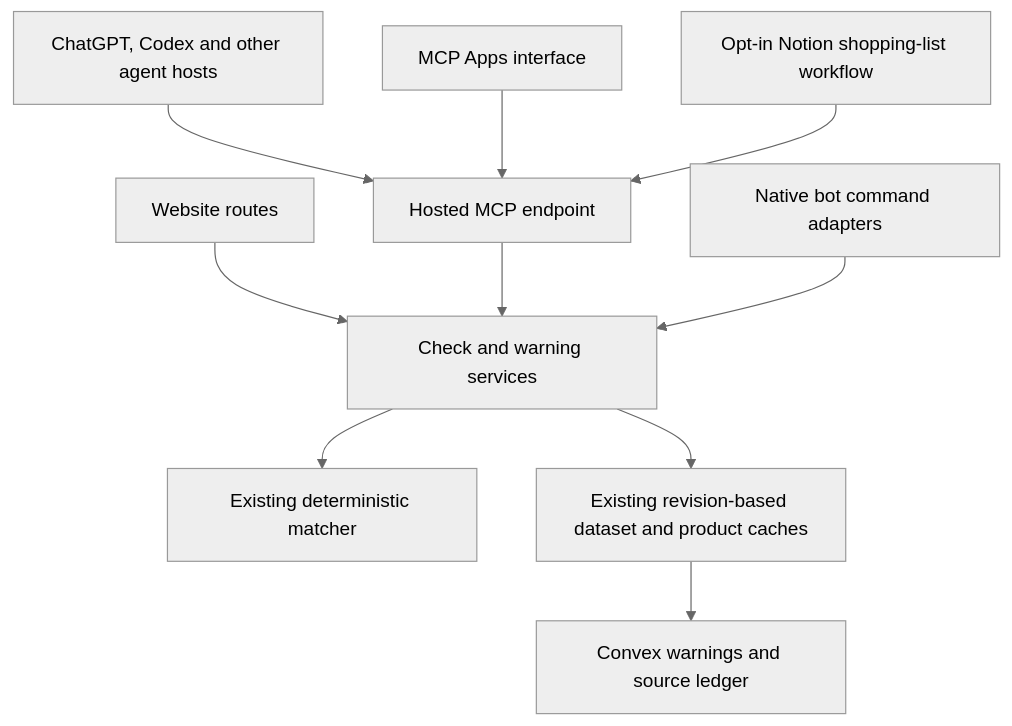
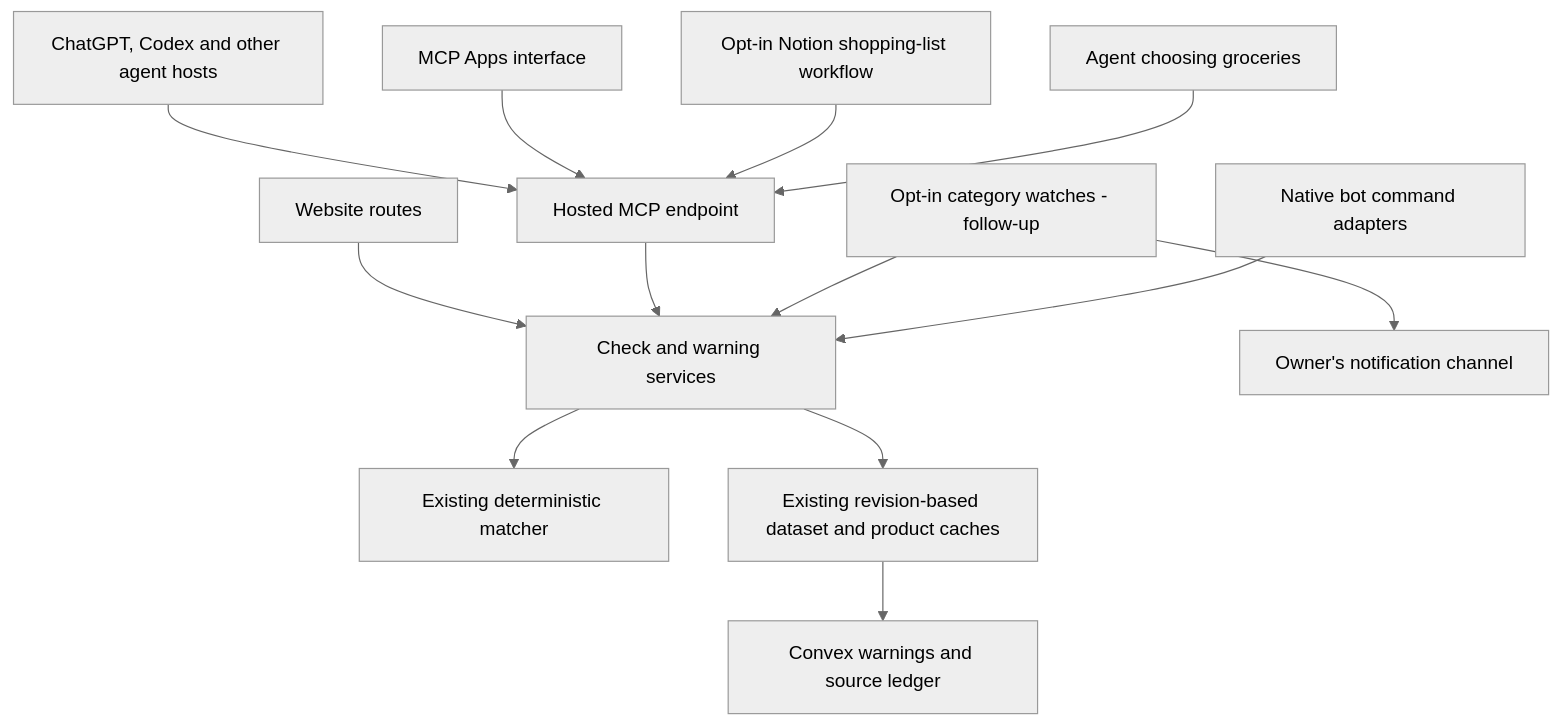
Before and after one commit to anthonyhumphreys/eat-or-yeet: the diagram in docs/plugin-integration-plan.md, drawn with Mermaid (neutral theme). The commit also changed other lines of this file and 29 other files, not shown here.

````diff
--- a/docs/plugin-integration-plan.md
+++ b/docs/plugin-integration-plan.md
@@ -43,12 +43,15 @@
 ```mermaid
 flowchart TD
     Website[Website routes] --> Services[Check and warning services]
     Agents[ChatGPT, Codex and other agent hosts] --> MCP[Hosted MCP endpoint]
     MCP --> Services
     ChatUI[MCP Apps interface] --> MCP
     Notion[Opt-in Notion shopping-list workflow] --> MCP
+    Shopping[Agent choosing groceries] --> MCP
+    Watches[Opt-in category watches - follow-up] --> Services
+    Watches --> Alerts[Owner's notification channel]
     Bots[Native bot command adapters] --> Services
     Services --> Matcher[Existing deterministic matcher]
     Services --> Cache[Existing revision-based dataset and product caches]
     Cache --> Convex[Convex warnings and source ledger]
 ```
````
